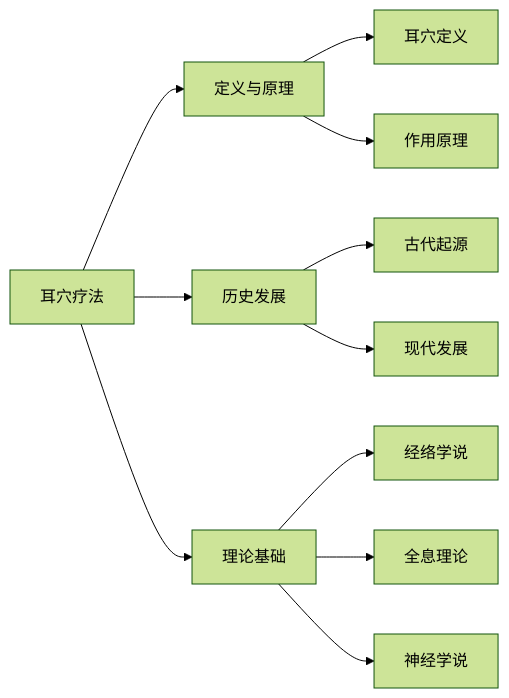
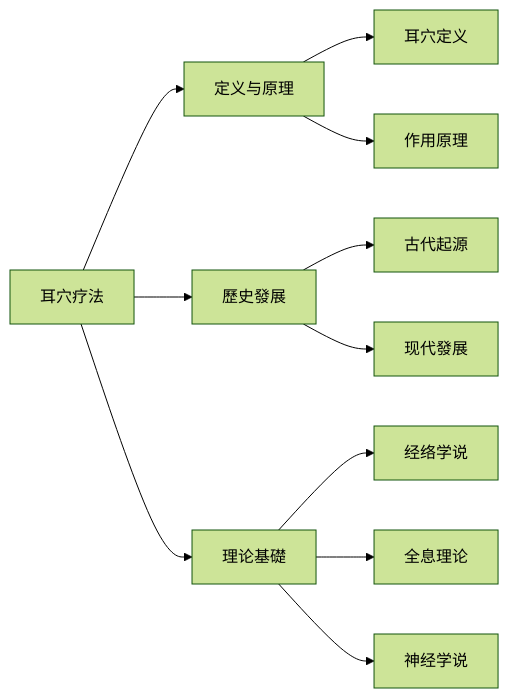
Before and after one commit to kmjade/knowledge-value: the first of 5 diagrams in 3 Resources/01-Tech/🏥 专业知识/耳穴知识库/耳穴知识库.md, drawn with Mermaid (forest theme). The commit also changed other lines of this file and 653 other files, not shown here.

````diff
--- a/3 Resources/01-Tech/🏥 专业知识/耳穴知识库/耳穴知识库.md
+++ b/3 Resources/01-Tech/🏥 专业知识/耳穴知识库/耳穴知识库.md
@@ -124,16 +124,16 @@
 ```mermaid
 graph LR
     A[耳穴疗法] --> B[定义与原理]
-    A --> C[历史发展]
-    A --> D[理论基础]
+    A --> C[歷史發展]
+    A --> D[理论基礎]
 
     B --> B1[耳穴定义]
     B --> B2[作用原理]
 
     C --> C1[古代起源]
-    C --> C2[现代发展]
+    C --> C2[现代發展]
 
     D --> D1[经络学说]
     D --> D2[全息理论]
     D --> D3[神经学说]
 ```
````
